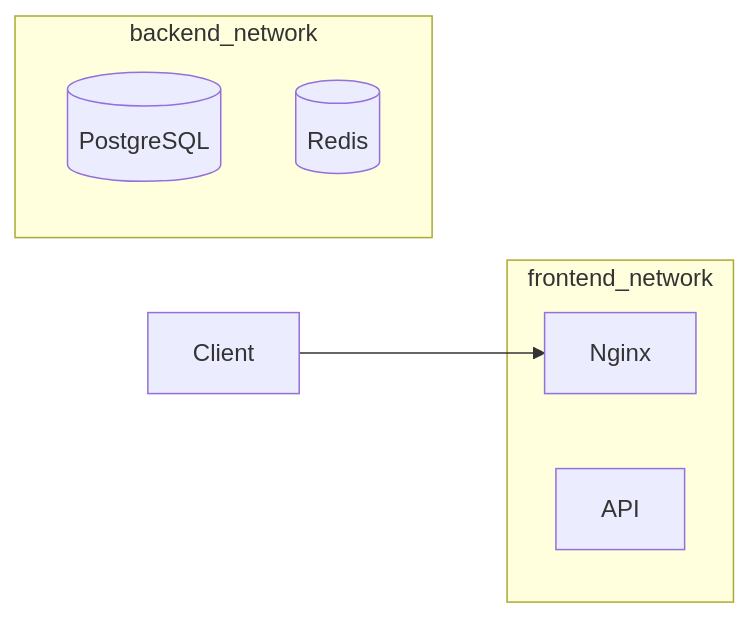
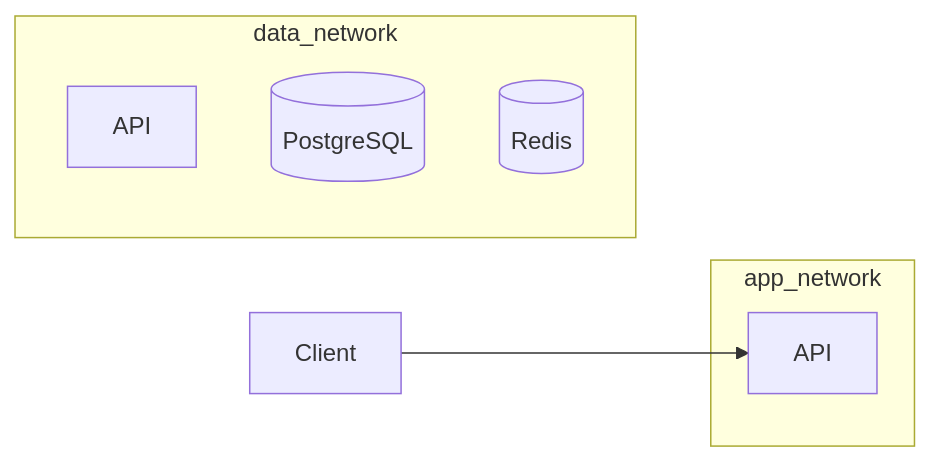
One commit to AvadhBhalodiya/Interview-Preparation changed the sixth of 8 diagrams in src/content/devops/docker-compose-networking.md. Above: the diagram before and after it, drawn with Mermaid. The commit also changed other lines of this file and 54 other files, not shown here.

````diff
--- a/src/content/devops/docker-compose-networking.md
+++ b/src/content/devops/docker-compose-networking.md
@@ -482,15 +447,14 @@
 ```mermaid
 flowchart LR
-    U[Client] --> N[Nginx]
+    U[Client] --> A[API]
 
-    subgraph frontend_network
-        N
-        A[API]
+    subgraph app_network
+        A
     end
 
-    subgraph backend_network
-        A
+    subgraph data_network
+        A2[API]
         D[(PostgreSQL)]
         R[(Redis)]
     end
 ```
````
